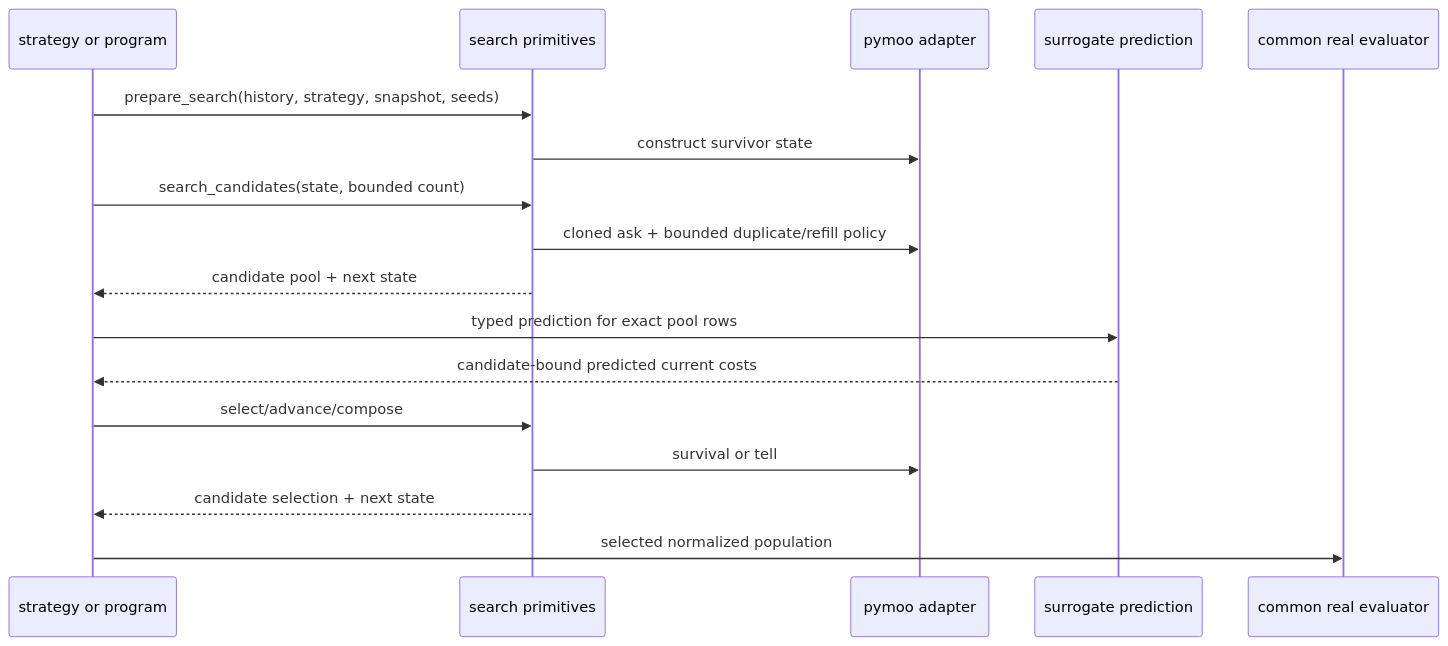
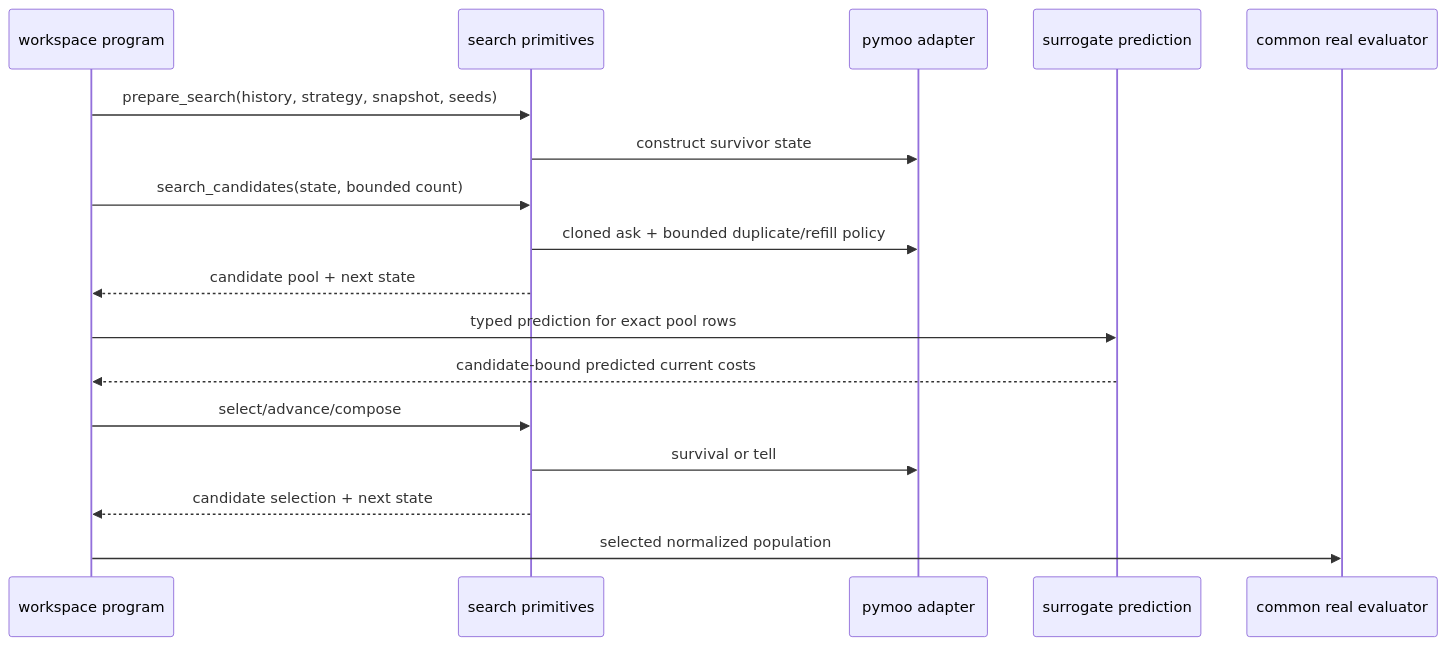
One commit to YS-Pan/yadof changed the second of 4 diagrams in dev_doc/architecture/4plus1_process_view.md. Above: the diagram before and after it, drawn with Mermaid. The commit also changed other lines of this file and 49 other files, not shown here.

````diff
--- a/dev_doc/architecture/4plus1_process_view.md
+++ b/dev_doc/architecture/4plus1_process_view.md
@@ -73,19 +74,19 @@
 ```mermaid
 sequenceDiagram
-    participant O as strategy or program
+    participant O as workspace program
     participant S as search primitives
     participant P as pymoo adapter
     participant M as surrogate prediction
     participant E as common real evaluator
     O->>S: prepare_search(history, strategy, snapshot, seeds)
     S->>P: construct survivor state
     O->>S: search_candidates(state, bounded count)
     S->>P: cloned ask + bounded duplicate/refill policy
     S-->>O: candidate pool + next state
     O->>M: typed prediction for exact pool rows
     M-->>O: candidate-bound predicted current costs
     O->>S: select/advance/compose
     S->>P: survival or tell
     S-->>O: candidate selection + next state
     O->>E: selected normalized population
 ```
````
